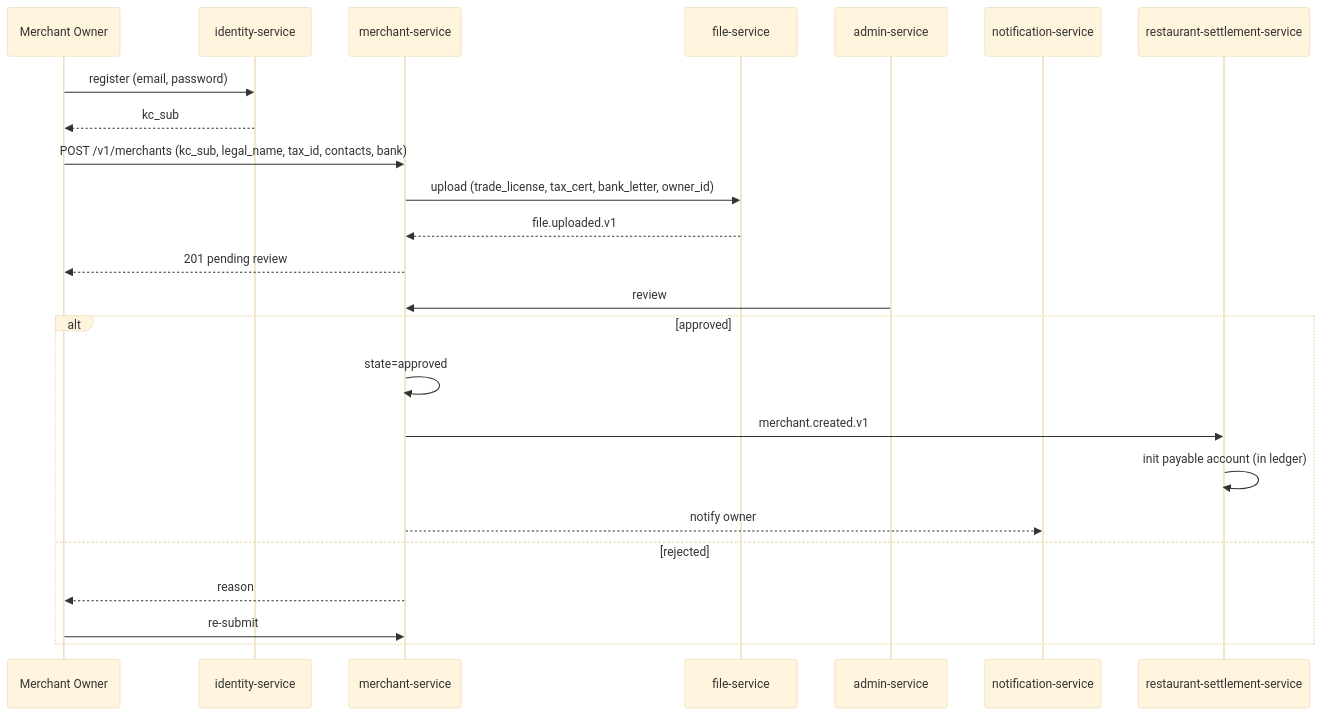
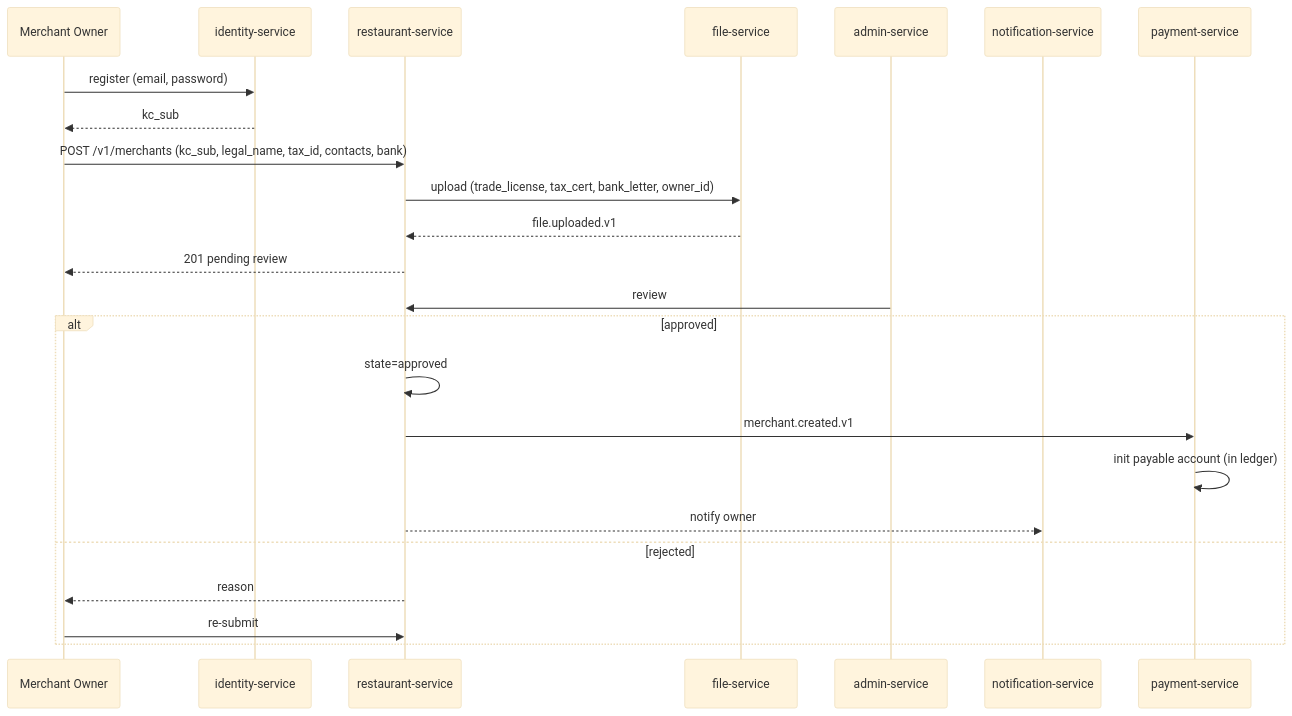
One commit to mohamedhabibwork/trips-enjoy-docs changed the first of 10 diagrams in docs/workflows/MERCHANT_WORKFLOWS.md. Above: the diagram before and after it, drawn with Mermaid (base theme). The commit also changed other lines of this file and 525 other files, not shown here.

````diff
--- a/docs/workflows/MERCHANT_WORKFLOWS.md
+++ b/docs/workflows/MERCHANT_WORKFLOWS.md
@@ -13,27 +15,27 @@
 ```mermaid
 sequenceDiagram
     participant OWN as Merchant Owner
     participant ID as identity-service
-    participant MER as merchant-service
+    participant RES as restaurant-service
     participant FS as file-service
     participant ADM as admin-service
     participant NOT as notification-service
-    participant RSM as restaurant-settlement-service
+    participant PAY as payment-service
 
     OWN->>ID: register (email, password)
     ID-->>OWN: kc_sub
-    OWN->>MER: POST /v1/merchants (kc_sub, legal_name, tax_id, contacts, bank)
-    MER->>FS: upload (trade_license, tax_cert, bank_letter, owner_id)
-    FS-->>MER: file.uploaded.v1
-    MER-->>OWN: 201 pending review
-    ADM->>MER: review
+    OWN->>RES: POST /v1/merchants (kc_sub, legal_name, tax_id, contacts, bank)
+    RES->>FS: upload (trade_license, tax_cert, bank_letter, owner_id)
+    FS-->>RES: file.uploaded.v1
+    RES-->>OWN: 201 pending review
+    ADM->>RES: review
     alt approved
-        MER->>MER: state=approved
-        MER->>RSM: merchant.created.v1
-        RSM->>RSM: init payable account (in ledger)
-        MER-->>NOT: notify owner
+        RES->>RES: state=approved
+        RES->>PAY: merchant.created.v1
+        PAY->>PAY: init payable account (in ledger)
+        RES-->>NOT: notify owner
     else rejected
-        MER-->>OWN: reason
-        OWN->>MER: re-submit
+        RES-->>OWN: reason
+        OWN->>RES: re-submit
     end
 ```
````
